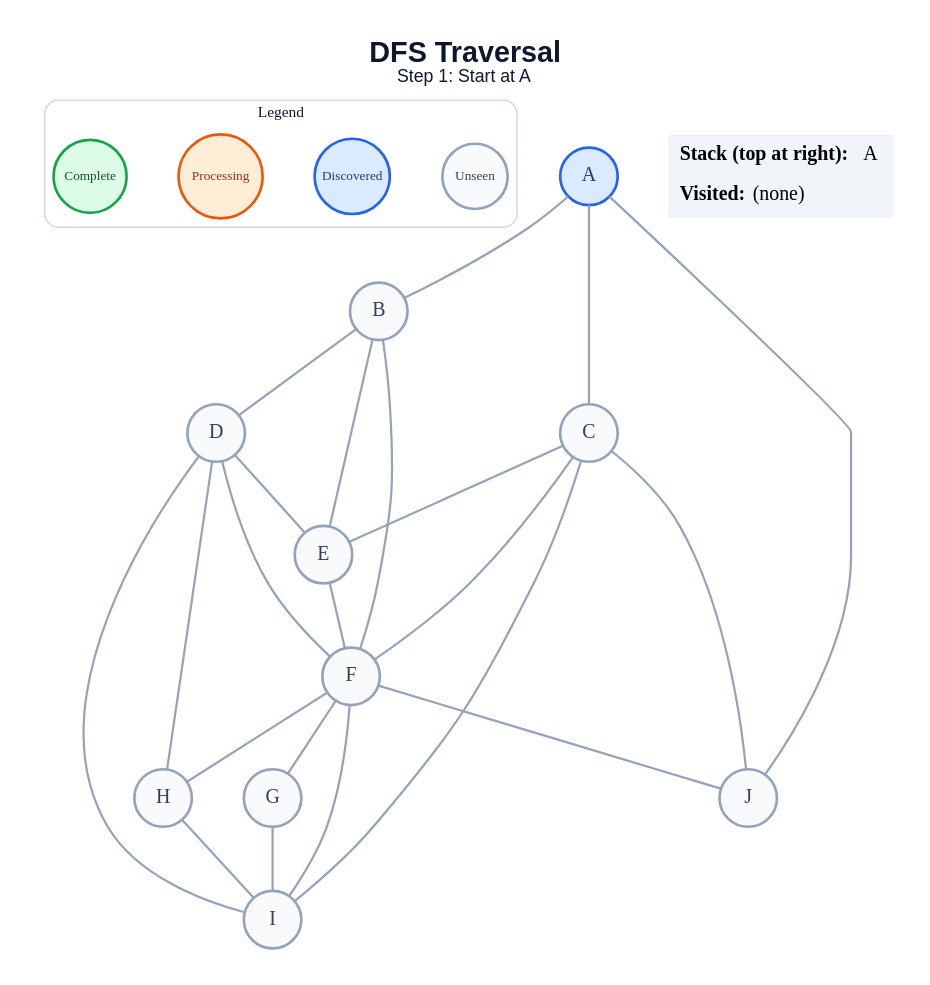
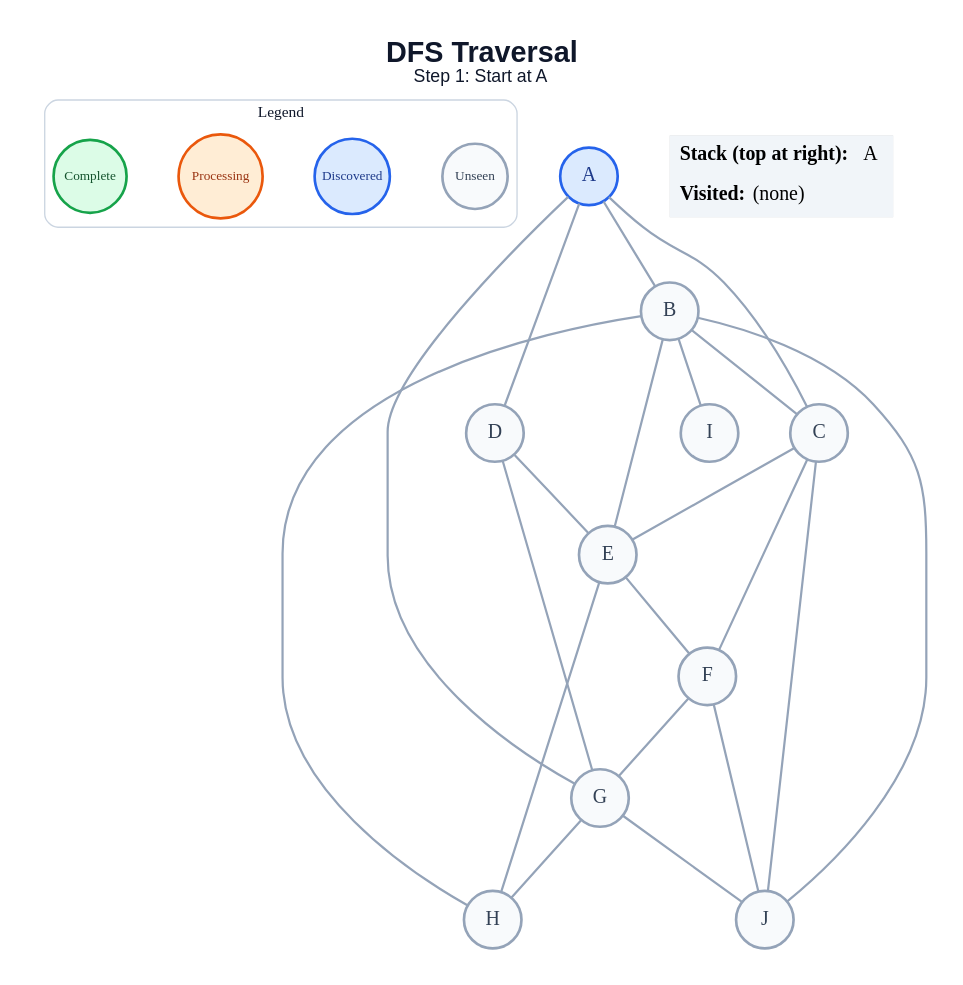
Before and after one commit to amanghodawala9/ai-slop: the diagram in generated/dfs/step_01.dot, drawn with Graphviz. The commit also changed 178 other files, not shown here.

```diff
--- a/generated/dfs/step_01.dot
+++ b/generated/dfs/step_01.dot
@@ -1,50 +1,49 @@
 graph traversal {
   graph [layout=dot, rankdir=TB, bgcolor="#FFFFFF", pad="0.35", nodesep="0.65", ranksep="0.8", fontname="Arial"];
   node [shape=circle, style="filled", fontname="Arial Bold", fontsize=18, width=0.72, fixedsize=true, penwidth=2.4];
   edge [color="#94A3B8", penwidth=2.0];
   label=<<B>DFS Traversal</B><BR/><FONT POINT-SIZE="16">Step 1: Start at A</FONT>>; labelloc="t"; fontsize=26; fontname="Arial"; fontcolor="#0F172A";
   subgraph cluster_legend { label="Legend"; color="#CBD5E1"; penwidth=1.2; style="rounded"; fontsize=14; fontname="Arial Bold";
     key_unseen [label="Unseen", fillcolor="#F8FAFC", color="#94A3B8", fontcolor="#334155", fontsize=12, width=0.82];
     key_frontier [label="Discovered", fillcolor="#DBEAFE", color="#2563EB", fontcolor="#1E3A8A", fontsize=12, width=0.95];
     key_current [label="Processing", fillcolor="#FFEDD5", color="#EA580C", fontcolor="#9A3412", fontsize=12, width=1.05];
     key_done [label="Complete", fillcolor="#DCFCE7", color="#16A34A", fontcolor="#14532D", fontsize=12, width=0.92];
     { rank=same; key_unseen; key_frontier; key_current; key_done; }
   }
   A [fillcolor="#DBEAFE", color="#2563EB", fontcolor="#1E3A8A"];
   B [fillcolor="#F8FAFC", color="#94A3B8", fontcolor="#334155"];
   C [fillcolor="#F8FAFC", color="#94A3B8", fontcolor="#334155"];
   D [fillcolor="#F8FAFC", color="#94A3B8", fontcolor="#334155"];
   E [fillcolor="#F8FAFC", color="#94A3B8", fontcolor="#334155"];
   F [fillcolor="#F8FAFC", color="#94A3B8", fontcolor="#334155"];
   G [fillcolor="#F8FAFC", color="#94A3B8", fontcolor="#334155"];
   H [fillcolor="#F8FAFC", color="#94A3B8", fontcolor="#334155"];
   I [fillcolor="#F8FAFC", color="#94A3B8", fontcolor="#334155"];
   J [fillcolor="#F8FAFC", color="#94A3B8", fontcolor="#334155"];
   A -- B;
   A -- C;
-  A -- J;
-  B -- D;
+  A -- D;
+  A -- G;
+  B -- C;
   B -- E;
-  B -- F;
+  B -- H;
+  B -- I;
+  B -- J;
   C -- E;
   C -- F;
-  C -- I;
   C -- J;
   D -- E;
-  D -- F;
-  D -- H;
-  D -- I;
+  D -- G;
   E -- F;
+  E -- H;
   F -- G;
-  F -- H;
-  F -- I;
   F -- J;
-  G -- I;
-  H -- I;
+  G -- H;
+  G -- J;
   status [shape=plain, fixedsize=false, width=0, height=0, margin=0, label=<
     <TABLE BORDER="0" CELLBORDER="0" CELLPADDING="7" BGCOLOR="#F1F5F9">
       <TR><TD ALIGN="LEFT"><B>Stack (top at right):</B> A</TD></TR>
       <TR><TD ALIGN="LEFT"><B>Visited:</B> (none)</TD></TR>
     </TABLE>
   >];
 }
```
